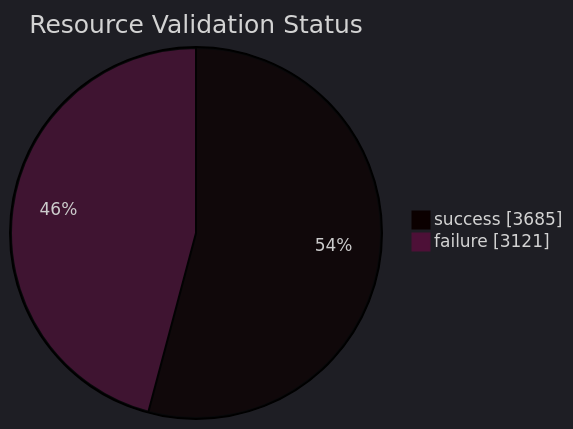
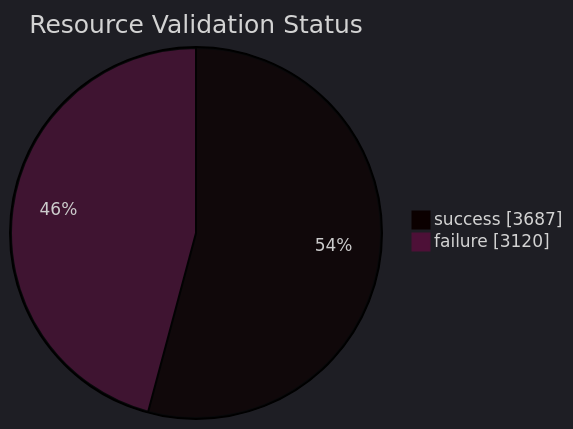
Before and after one commit to open-data/analytics-corporate-reporting: the diagram in datastore_tracker/resource_validation_status_pie_chart.md, drawn with Mermaid. The commit also changed 9 other files, not shown here.

````diff
--- a/datastore_tracker/resource_validation_status_pie_chart.md
+++ b/datastore_tracker/resource_validation_status_pie_chart.md
@@ -2,9 +2,9 @@
 ```mermaid
 ---
 config:
   theme: dark
 ---
 pie showData title Resource Validation Status
-    "success": 3685
-    "failure": 3121
+    "success": 3687
+    "failure": 3120
 ```
````
